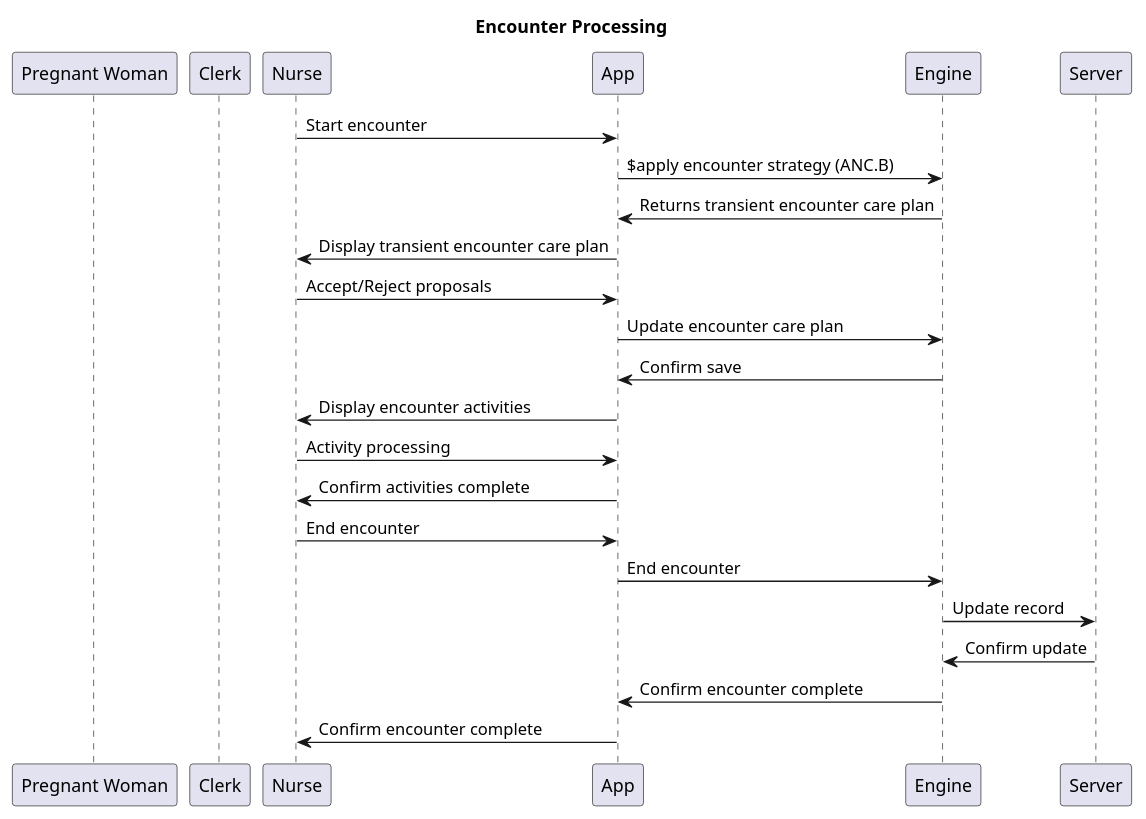
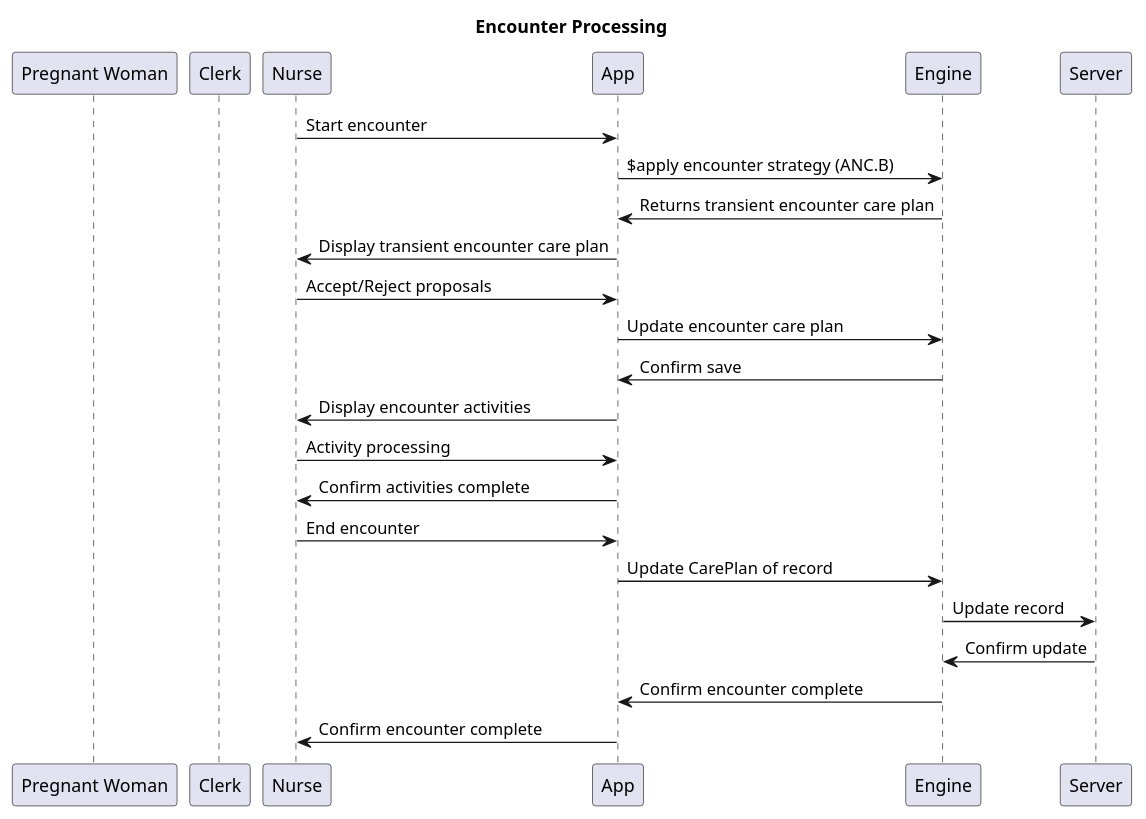
One commit to WorldHealthOrganization/smart-anc changed the diagram in input/diagrams/encounter-processing.puml. Above: the diagram before and after it, drawn with PlantUML. The commit also changed 820 other files, not shown here.

```diff
--- a/input/diagrams/encounter-processing.puml
+++ b/input/diagrams/encounter-processing.puml
@@ -1,28 +1,28 @@
 @startuml EncounterProcessing
 title Encounter Processing
 participant "Pregnant Woman" as PW
 participant "Clerk" as Clerk
 participant "Nurse" as Nurse
 participant "App" as App
 participant "Engine" as Engine
 participant "Server" as Server
 
 Nurse -> App: Start encounter
 App -> Engine: $apply encounter strategy (ANC.B)
 Engine -> App: Returns transient encounter care plan
 App -> Nurse: Display transient encounter care plan
 Nurse -> App: Accept/Reject proposals
 App -> Engine: Update encounter care plan
 Engine -> App: Confirm save
 App -> Nurse: Display encounter activities
 Nurse -> App: Activity processing
 App -> Nurse: Confirm activities complete
 Nurse -> App: End encounter
-App -> Engine: End encounter
+App -> Engine: Update CarePlan of record
 Engine -> Server: Update record
 Server -> Engine: Confirm update
 Engine -> App: Confirm encounter complete
 App -> Nurse: Confirm encounter complete
 
 
 @enduml
```
